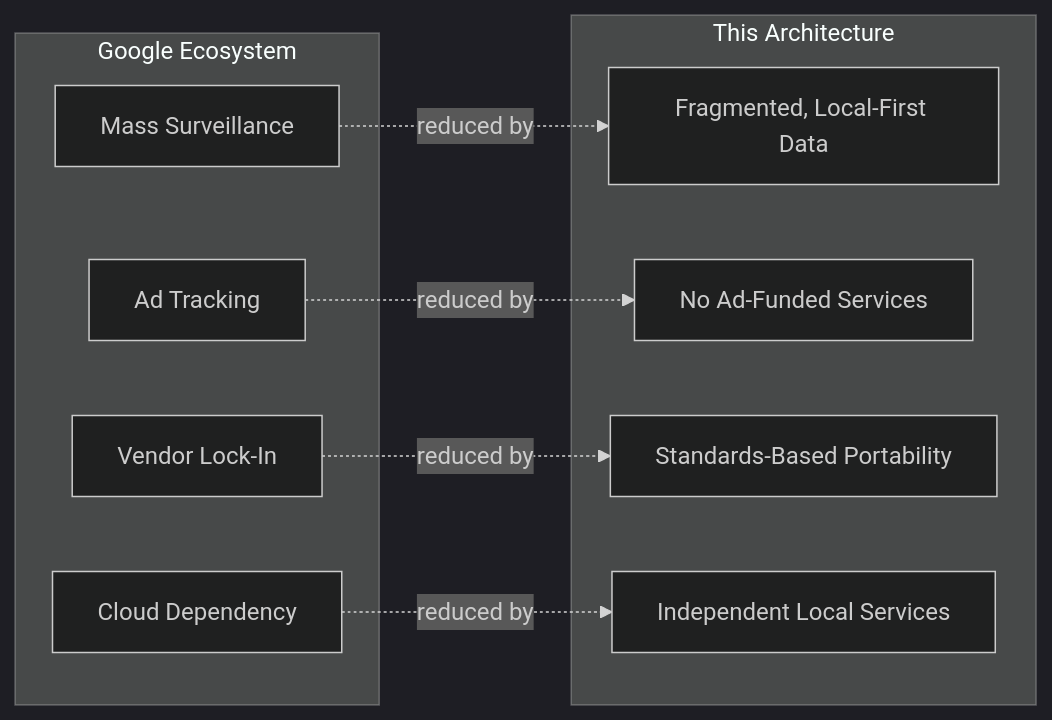
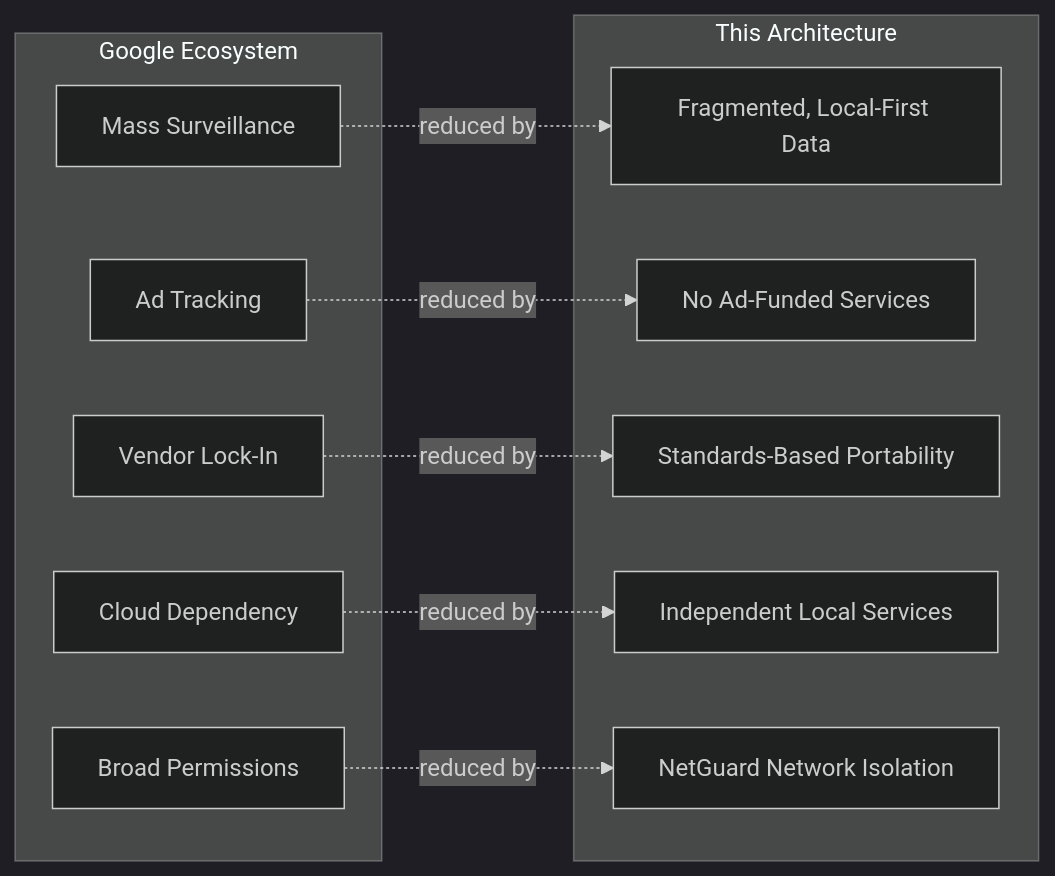
The sixth of 6 diagrams in README.md (Kf1sh27/DeGoogle), drawn with Mermaid (dark theme) before and after one commit. The commit also changed other lines of this file, not shown here.

Commit message:
Add Tasks.org and NetGuard to architecture, replacement matrix, and threat model

````diff
--- a/README.md
+++ b/README.md
@@ -274,13 +298,14 @@
 ```mermaid
 flowchart LR
     subgraph Traditional["Google Ecosystem"]
-        T1[Mass Surveillance]; T2[Ad Tracking]; T3[Vendor Lock-In]; T4[Cloud Dependency]
+        T1[Mass Surveillance]; T2[Ad Tracking]; T3[Vendor Lock-In]; T4[Cloud Dependency]; T5[Broad Permissions]
     end
     subgraph SelfHostedArch["This Architecture"]
-        S1[Fragmented, Local-First Data]; S2[No Ad-Funded Services]; S3[Standards-Based Portability]; S4[Independent Local Services]
+        S1[Fragmented, Local-First Data]; S2[No Ad-Funded Services]; S3[Standards-Based Portability]; S4[Independent Local Services]; S5[NetGuard Network Isolation]
     end
     T1 -.reduced by.-> S1
     T2 -.reduced by.-> S2
     T3 -.reduced by.-> S3
     T4 -.reduced by.-> S4
+    T5 -.reduced by.-> S5
 ```
````
